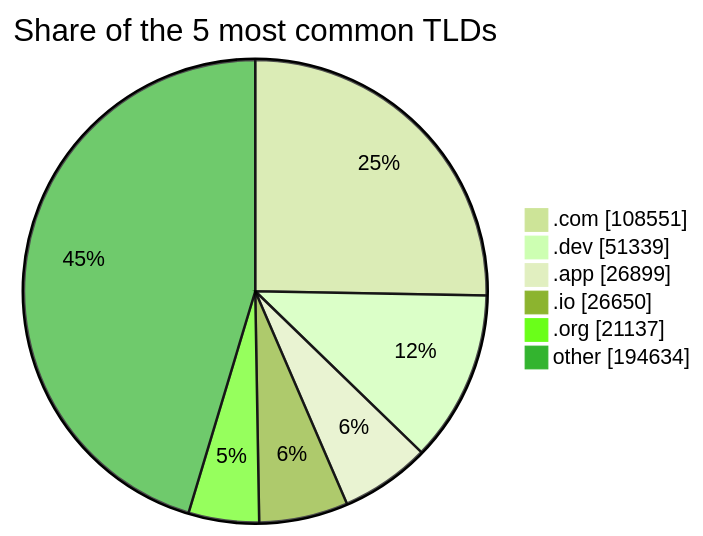
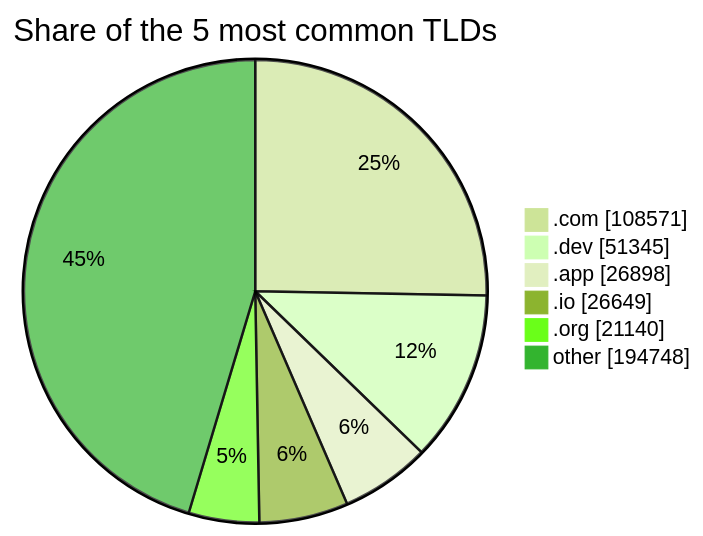
One commit to DNSBunker/CTI changed the third of 3 diagrams in README.md. Above: the diagram before and after it, drawn with Mermaid (forest theme). The commit also changed other lines of this file and 3 other files, not shown here.

````diff
--- a/README.md
+++ b/README.md
@@ -81,9 +81,9 @@
 ```mermaid
 pie showData title Share of the 5 most common TLDs
-    ".com" : 108551
-    ".dev" : 51339
-    ".app" : 26899
-    ".io" : 26650
-    ".org" : 21137
-    "other" : 194634
+    ".com" : 108571
+    ".dev" : 51345
+    ".app" : 26898
+    ".io" : 26649
+    ".org" : 21140
+    "other" : 194748
 ```
````
